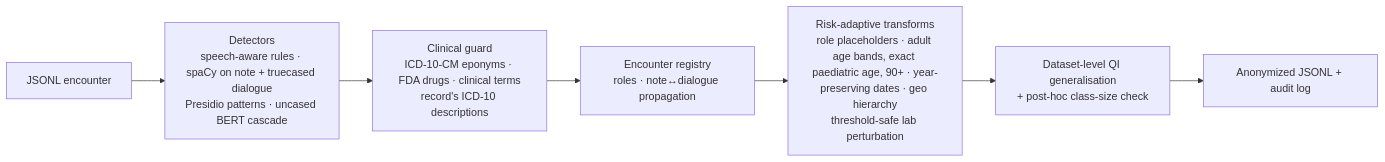
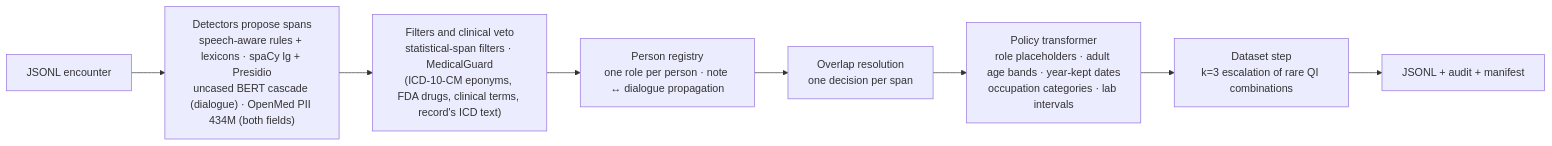
The diagram in README.md (neural-wave/ch-Fuma-c-anduma), drawn with Mermaid before and after one commit. The commit also changed other lines of this file and 131 other files, not shown here.

````diff
--- a/README.md
+++ b/README.md
@@ -27,9 +56,10 @@
 ```mermaid
 flowchart LR
-  A[JSONL encounter] --> B["Detectors<br/>speech-aware rules · spaCy on note + truecased dialogue<br/>Presidio patterns · uncased BERT cascade"]
-  B --> C["Clinical guard<br/>ICD-10-CM eponyms · FDA drugs · clinical terms<br/>record's ICD-10 descriptions"]
-  C --> D["Encounter registry<br/>roles · note↔dialogue propagation"]
-  D --> E["Risk-adaptive transforms<br/>role placeholders · adult age bands, exact paediatric age, 90+ · year-preserving dates · geo hierarchy<br/>threshold-safe lab perturbation"]
-  E --> F["Dataset-level QI generalisation<br/>+ post-hoc class-size check"]
-  F --> G[Anonymized JSONL + audit log]
+  A[JSONL encounter] --> B["Detectors propose spans<br/>speech-aware rules + lexicons · spaCy lg + Presidio<br/>uncased BERT cascade (dialogue) · OpenMed PII 434M (both fields)"]
+  B --> C["Filters and clinical veto<br/>statistical-span filters · MedicalGuard<br/>(ICD-10-CM eponyms, FDA drugs, clinical terms, record's ICD text)"]
+  C --> D["Person registry<br/>one role per person · note ↔ dialogue propagation"]
+  D --> E["Overlap resolution<br/>one decision per span"]
+  E --> F["Policy transformer<br/>role placeholders · adult age bands · year-kept dates<br/>occupation categories · lab intervals"]
+  F --> G["Dataset step<br/>k=3 escalation of rare QI combinations"]
+  G --> H[JSONL + audit + manifest]
 ```
````
